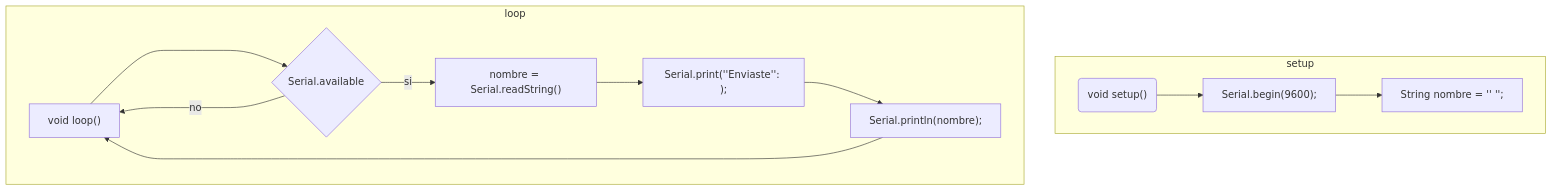
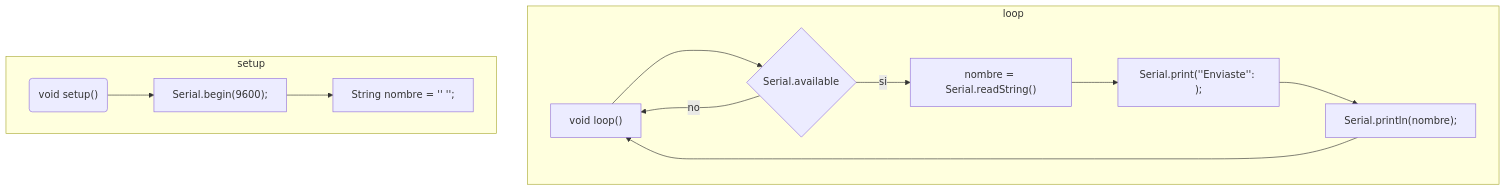
The diagram in dia/02S-ejemplo_2.mmd (josuem/slices_EDyM), drawn with Mermaid before and after one commit. The commit also changed other lines of this file and 14 other files, not shown here.

```diff
--- a/dia/02S-ejemplo_2.mmd
+++ b/dia/02S-ejemplo_2.mmd
@@ -1,22 +1,22 @@
 graph TB
+  %% loop
+  subgraph loop    
+      loop["void loop()"]
+      available{"Serial.available"}
+      name1["nombre = Serial.readString()"]
+      msn1["Serial.print(''Enviaste'': );"]
+      msn2["Serial.println(nombre);"]
+      loop ---> available
+      available --> |si| name1
+      available --> |no| loop
+      name1 --> msn1
+      msn1 -->msn2
+      msn2 ----> loop
+end
   %% Setup
   subgraph  setup
       void("void setup()")
       A["Serial.begin(9600);"]
       t["String nombre = '' '';"]
       void-->A; A --> t
   end
-  %% loop
-  subgraph loop    
-      loop["void loop()"]
-      available{"Serial.available"}
-      name1["nombre = Serial.readString()"]
-      msn1["Serial.print(''Enviaste'': );"]
-      msn2["Serial.println(nombre);"]
-      loop ----> available
-      available --> |si| name1
-      available --> |no| loop
-      name1 --> msn1
-      msn1 -->msn2
-      msn2 ----> loop
-end
```
